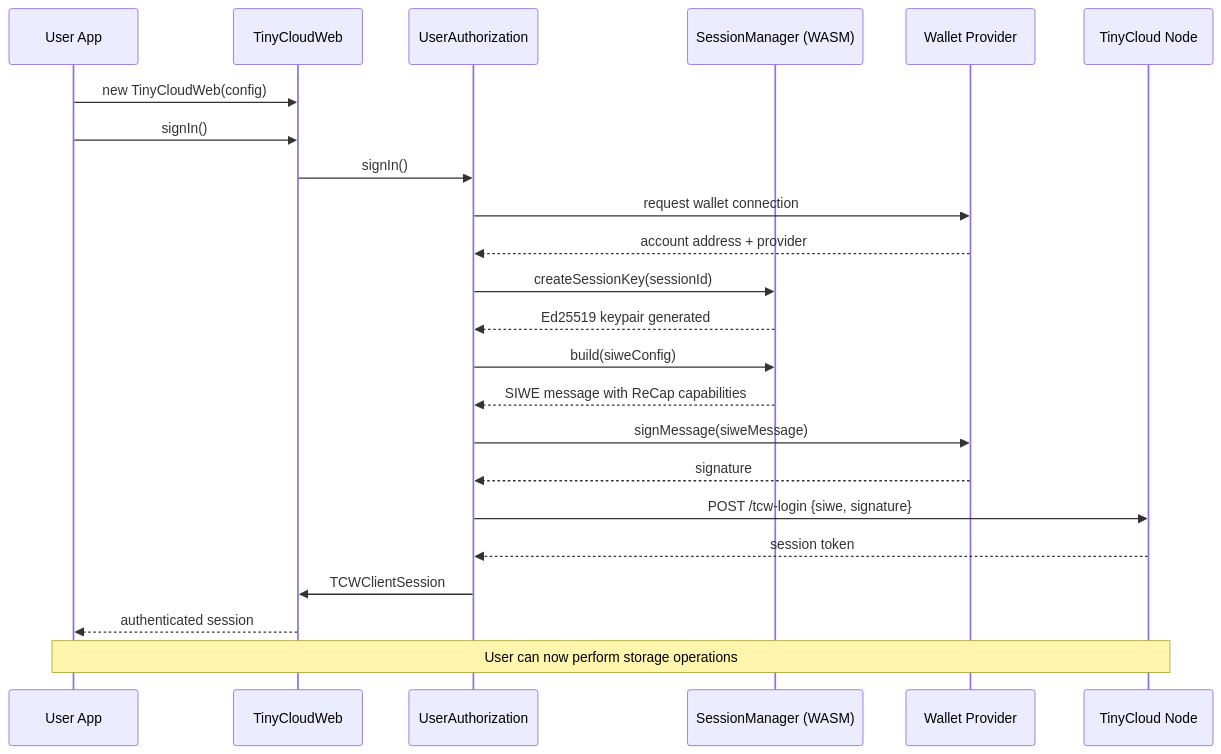
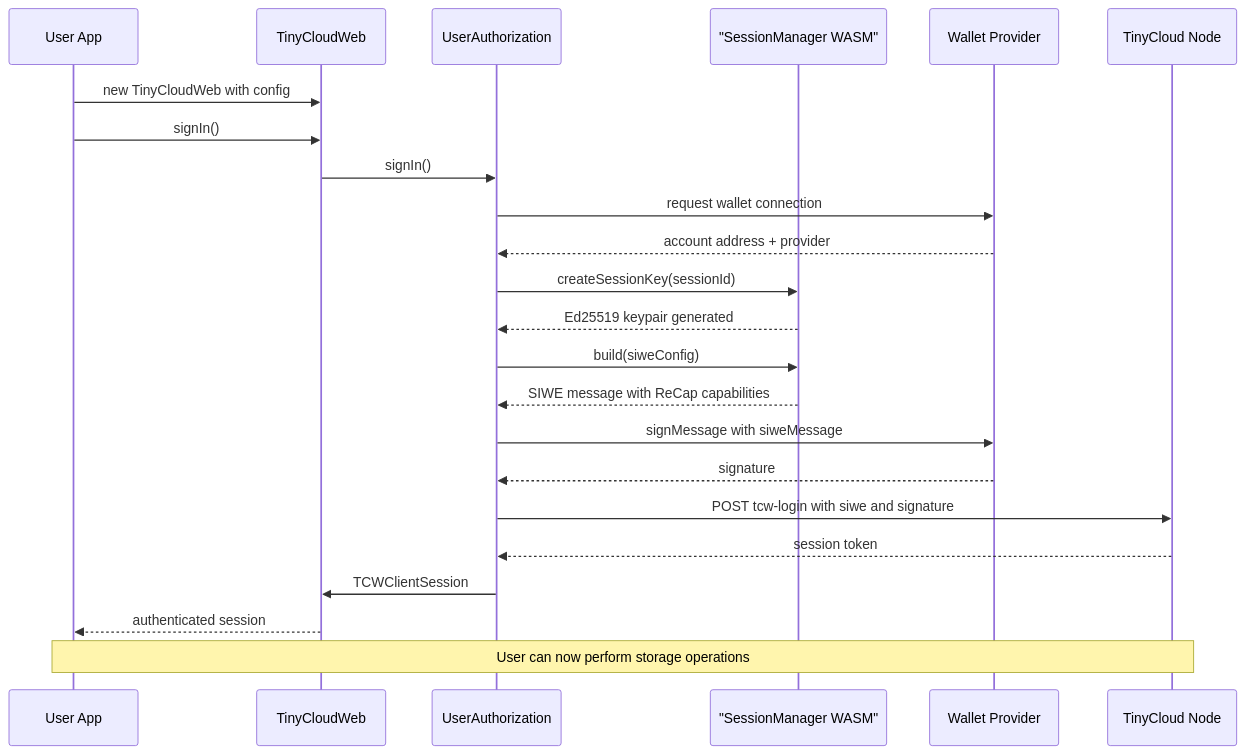
Before and after one commit to TinyCloudLabs/web-sdk: the fourth of 9 diagrams in architecture.md, drawn with Mermaid. The commit also changed other lines of this file, not shown here.

Commit message:
fix render bug

````diff
--- a/architecture.md
+++ b/architecture.md
@@ -276,33 +276,33 @@
 ```mermaid
 sequenceDiagram
     participant App as User App
     participant SDK as TinyCloudWeb
     participant Auth as UserAuthorization
-    participant WASM as SessionManager (WASM)
+    participant WASM as "SessionManager WASM"
     participant Wallet as Wallet Provider
     participant TC as TinyCloud Node
     
-    App->>SDK: new TinyCloudWeb(config)
+    App->>SDK: new TinyCloudWeb with config
     App->>SDK: signIn()
     SDK->>Auth: signIn()
     
     Auth->>Wallet: request wallet connection
     Wallet-->>Auth: account address + provider
     
     Auth->>WASM: createSessionKey(sessionId)
     WASM-->>Auth: Ed25519 keypair generated
     
     Auth->>WASM: build(siweConfig) 
     WASM-->>Auth: SIWE message with ReCap capabilities
     
-    Auth->>Wallet: signMessage(siweMessage)
+    Auth->>Wallet: signMessage with siweMessage
     Wallet-->>Auth: signature
     
-    Auth->>TC: POST /tcw-login {siwe, signature}
+    Auth->>TC: POST tcw-login with siwe and signature
     TC-->>Auth: session token
     
     Auth->>SDK: TCWClientSession
     SDK-->>App: authenticated session
     
     Note over App,TC: User can now perform storage operations
 ```
````
